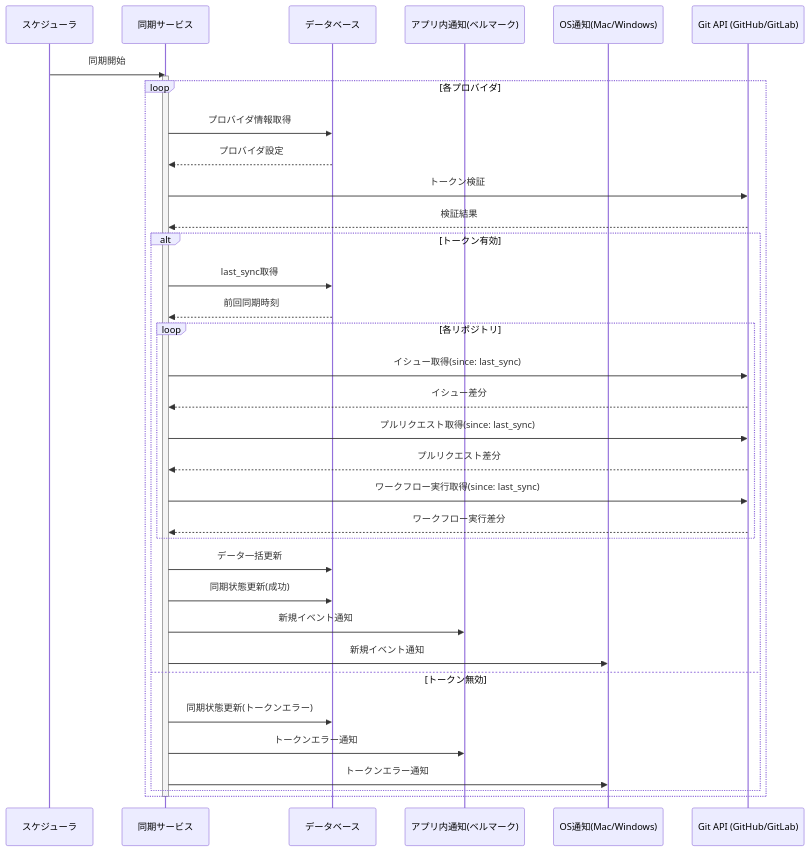
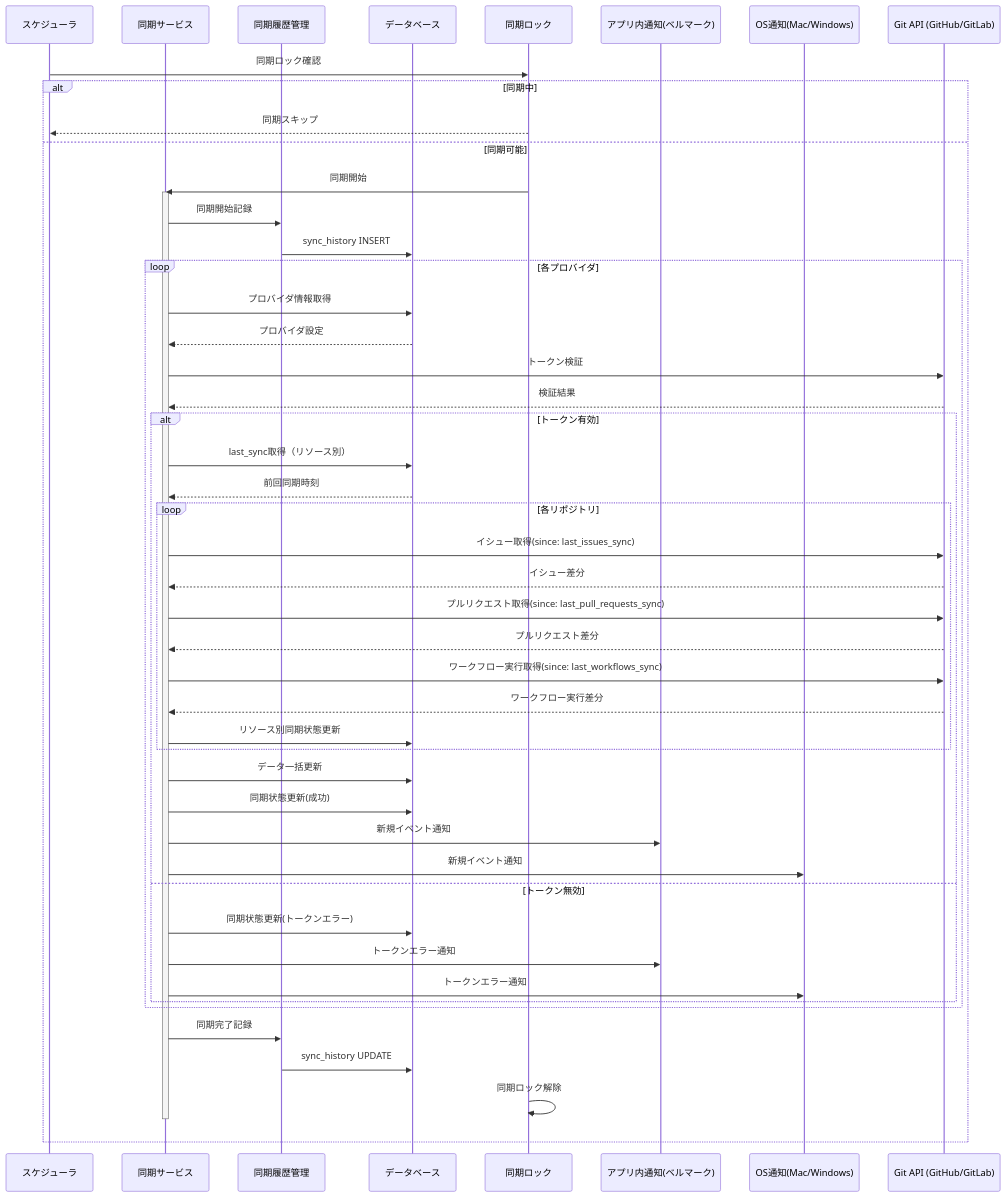
One commit to aazw/vscode-tauri-app changed the diagram in docs/sync.md. Above: the diagram before and after it, drawn with Mermaid. The commit also changed other lines of this file and 11 other files, not shown here.

````diff
--- a/docs/sync.md
+++ b/docs/sync.md
@@ -1,48 +9,64 @@
 ```mermaid
 sequenceDiagram
     participant Scheduler as スケジューラ
     participant SyncService as 同期サービス
+    participant SyncHistory as 同期履歴管理
     participant DB as データベース
+    participant SyncLock as 同期ロック
     participant InAppNotif as アプリ内通知(ベルマーク)
     participant OSNotif as OS通知(Mac/Windows)
     participant GitAPI as Git API (GitHub/GitLab)
 
-    Scheduler->>SyncService: 同期開始
-    activate SyncService
-
-    loop 各プロバイダ
-        SyncService->>DB: プロバイダ情報取得
-        DB-->>SyncService: プロバイダ設定
+    Scheduler->>SyncLock: 同期ロック確認
+    alt 同期中
+        SyncLock-->>Scheduler: 同期スキップ
+    else 同期可能
+        SyncLock->>SyncService: 同期開始
+        activate SyncService
         
-        SyncService->>GitAPI: トークン検証
-        GitAPI-->>SyncService: 検証結果
+        SyncService->>SyncHistory: 同期開始記録
+        SyncHistory->>DB: sync_history INSERT
         
-        alt トークン有効
-            SyncService->>DB: last_sync取得
-            DB-->>SyncService: 前回同期時刻
+        loop 各プロバイダ
+            SyncService->>DB: プロバイダ情報取得
+            DB-->>SyncService: プロバイダ設定
             
-            loop 各リポジトリ
-                SyncService->>GitAPI: イシュー取得(since: last_sync)
-                GitAPI-->>SyncService: イシュー差分
+            SyncService->>GitAPI: トークン検証
+            GitAPI-->>SyncService: 検証結果
+            
+            alt トークン有効
+                SyncService->>DB: last_sync取得（リソース別）
+                DB-->>SyncService: 前回同期時刻
                 
-                SyncService->>GitAPI: プルリクエスト取得(since: last_sync)
-                GitAPI-->>SyncService: プルリクエスト差分
+                loop 各リポジトリ
+                    SyncService->>GitAPI: イシュー取得(since: last_issues_sync)
+                    GitAPI-->>SyncService: イシュー差分
+                    
+                    SyncService->>GitAPI: プルリクエスト取得(since: last_pull_requests_sync)
+                    GitAPI-->>SyncService: プルリクエスト差分
+                    
+                    SyncService->>GitAPI: ワークフロー実行取得(since: last_workflows_sync)
+                    GitAPI-->>SyncService: ワークフロー実行差分
+                    
+                    SyncService->>DB: リソース別同期状態更新
+                end
                 
-                SyncService->>GitAPI: ワークフロー実行取得(since: last_sync)
-                GitAPI-->>SyncService: ワークフロー実行差分
+                SyncService->>DB: データ一括更新
+                SyncService->>DB: 同期状態更新(成功)
+                
+                SyncService->>InAppNotif: 新規イベント通知
+                SyncService->>OSNotif: 新規イベント通知
+            else トークン無効
+                SyncService->>DB: 同期状態更新(トークンエラー)
+                SyncService->>InAppNotif: トークンエラー通知
+                SyncService->>OSNotif: トークンエラー通知
             end
-            
-            SyncService->>DB: データ一括更新
-            SyncService->>DB: 同期状態更新(成功)
-            
-            SyncService->>InAppNotif: 新規イベント通知
-            SyncService->>OSNotif: 新規イベント通知
-        else トークン無効
-            SyncService->>DB: 同期状態更新(トークンエラー)
-            SyncService->>InAppNotif: トークンエラー通知
-            SyncService->>OSNotif: トークンエラー通知
         end
+        
+        SyncService->>SyncHistory: 同期完了記録
+        SyncHistory->>DB: sync_history UPDATE
+        SyncLock->>SyncLock: 同期ロック解除
+        
+        deactivate SyncService
     end
-    
-    deactivate SyncService
 ```
````
